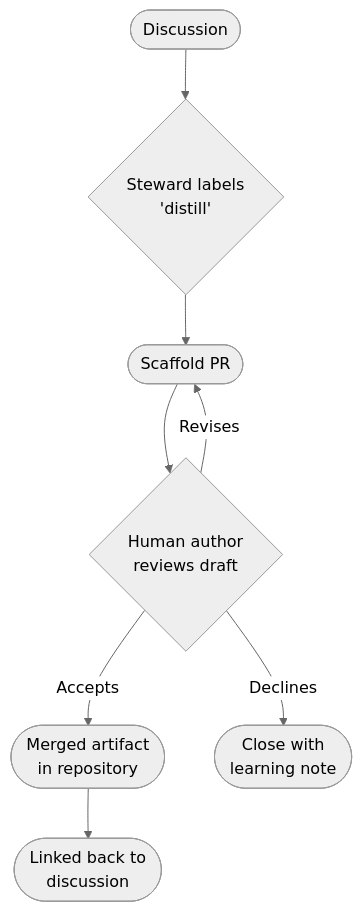
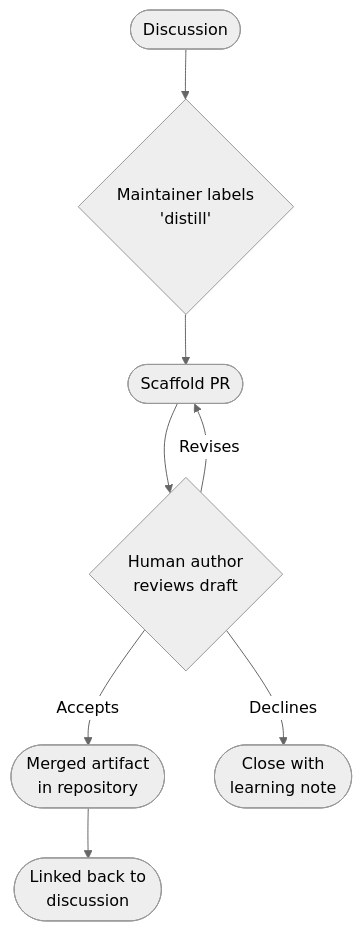
Before and after one commit to curationsx/yolo: the first of 2 diagrams in docs/PRD-community-discussion-board.md, drawn with Mermaid (neutral theme). The commit also changed other lines of this file and 22 other files, not shown here.

````diff
--- a/docs/PRD-community-discussion-board.md
+++ b/docs/PRD-community-discussion-board.md
@@ -78,10 +83,10 @@
 ```mermaid
 flowchart TD
-    D([Discussion]) --> L{Steward labels\n'distill'}
+    D([Discussion]) --> L{Maintainer labels\n'distill'}
     L --> S([Scaffold PR])
     S --> V{Human author\nreviews draft}
     V -- Accepts --> M([Merged artifact\nin repository])
     V -- Revises --> S
     V -- Declines --> C([Close with\nlearning note])
     M --> B([Linked back to\ndiscussion])
 ```
````
